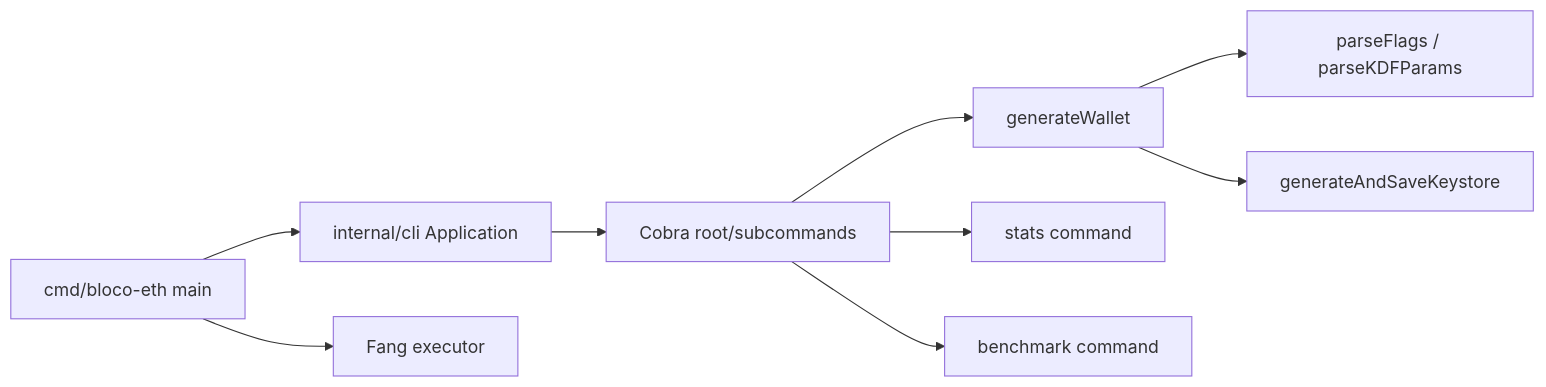
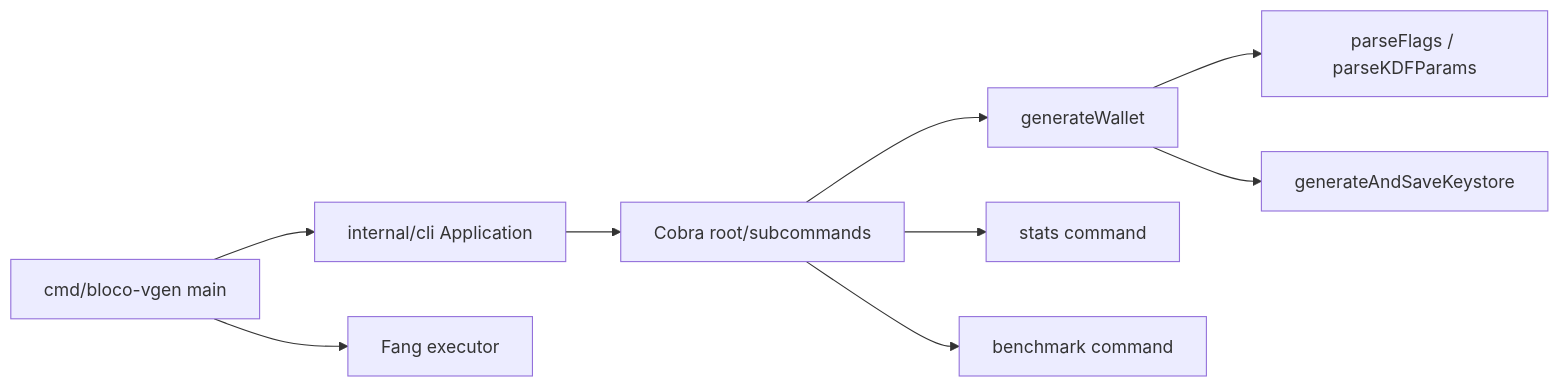
The first of 5 diagrams in _reversa_sdd/c4-components.md (italoag/bloco-vanity-generator), drawn with Mermaid before and after one commit. The commit also changed 80 other files, not shown here.

Commit message:
Rename binary from bloco-eth to bloco-vgen across all workflows and documentation

````diff
--- a/_reversa_sdd/c4-components.md
+++ b/_reversa_sdd/c4-components.md
@@ -5,21 +5,21 @@
 ```mermaid
 flowchart LR
-  Main[cmd/bloco-eth main]
+  Main[cmd/bloco-vgen main]
   App[internal/cli Application]
   Cobra[Cobra root/subcommands]
   Fang[Fang executor]
   Flags[parseFlags / parseKDFParams]
   Generate[generateWallet]
   Stats[stats command]
   Benchmark[benchmark command]
   Keystore[generateAndSaveKeystore]
 
   Main --> App
   App --> Cobra
   Main --> Fang
   Cobra --> Generate
   Cobra --> Stats
   Cobra --> Benchmark
   Generate --> Flags
   Generate --> Keystore
 ```
````
